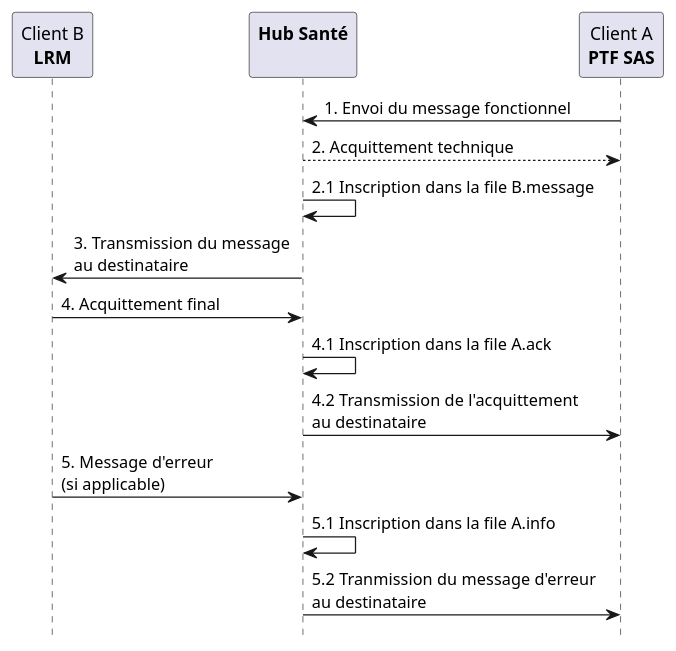
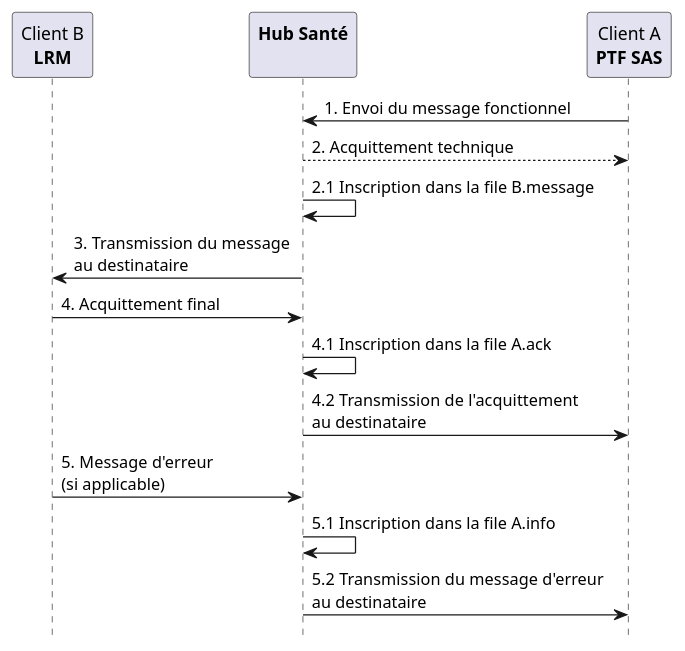
Before and after one commit to ansforge/IG-fhir-service-acces-aux-soins: the diagram in input/images-source/diagramme_sequence_hub_detaille.plantuml, drawn with PlantUML. The commit also changed 1 other file, not shown here.

```diff
--- a/input/images-source/diagramme_sequence_hub_detaille.plantuml
+++ b/input/images-source/diagramme_sequence_hub_detaille.plantuml
@@ -3,20 +3,20 @@
 @startuml
 
 hide footbox
 
 participant "Client B\n**LRM**" as LRM
 participant "**Hub Santé**\n" as Hub
 participant "Client A\n**PTF SAS**" as PTF
 
 PTF -> Hub : 1. Envoi du message fonctionnel
 Hub --> PTF : 2. Acquittement technique
 Hub -> Hub : 2.1 Inscription dans la file B.message
 Hub -> LRM : 3. Transmission du message \nau destinataire
 LRM -> Hub : 4. Acquittement final
 Hub -> Hub : 4.1 Inscription dans la file A.ack
 Hub -> PTF : 4.2 Transmission de l'acquittement \nau destinataire
 LRM -> Hub : 5. Message d'erreur \n(si applicable)
 Hub -> Hub : 5.1 Inscription dans la file A.info
-Hub -> PTF : 5.2 Tranmission du message d'erreur \nau destinataire
+Hub -> PTF : 5.2 Transmission du message d'erreur \nau destinataire
 
 @enduml
```
